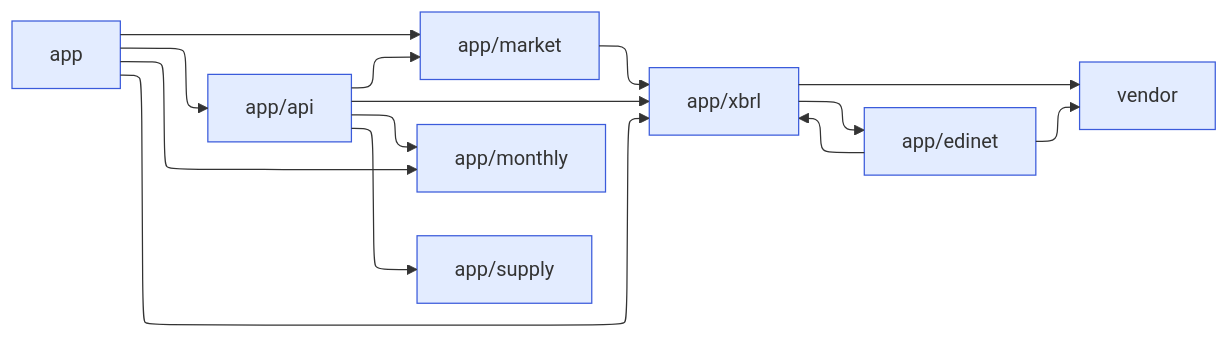
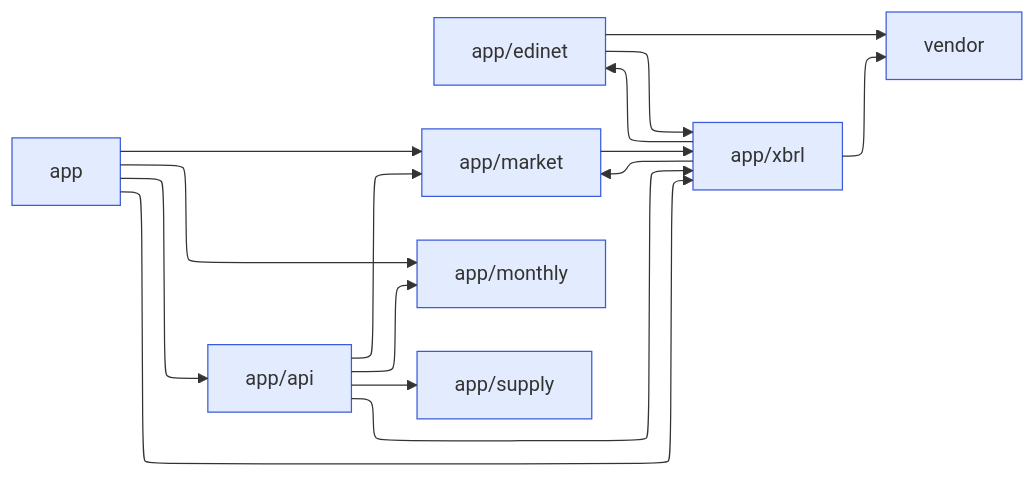
Before and after one commit to pekumirui/stock-analyzer: the first of 3 diagrams in docs/overview/modules.md, drawn with Mermaid. The commit also changed other lines of this file and 8 other files, not shown here.

````diff
--- a/docs/overview/modules.md
+++ b/docs/overview/modules.md
@@ -15,30 +15,31 @@
 ```mermaid
 ---
 config:
   layout: elk
 ---
 flowchart LR
   n0["app"]:::own
   n1["app/api"]:::own
   n2["app/edinet"]:::own
   n3["app/market"]:::own
   n4["app/monthly"]:::own
   n5["app/supply"]:::own
   n6["app/xbrl"]:::own
   n7["vendor"]:::own
   n0 --> n1
   n0 --> n3
   n0 --> n4
   n0 --> n6
   n1 --> n3
   n1 --> n4
   n1 --> n5
   n1 --> n6
   n2 --> n6
   n2 --> n7
   n3 --> n6
   n6 --> n2
+  n6 --> n3
   n6 --> n7
   classDef own fill:#e3ecff,stroke:#3b5bdb
   classDef ext fill:#f1f3f5,stroke:#868e96,stroke-dasharray:4 3
 ```
````
